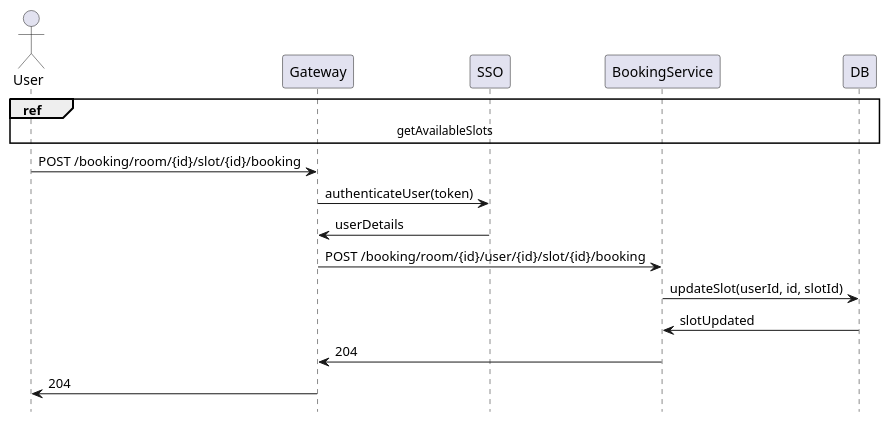
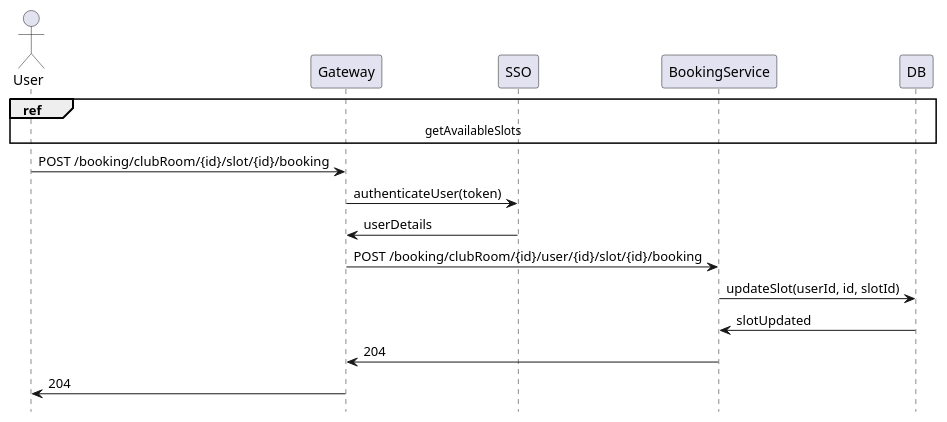
Before and after one commit to juanma-cvega/booking-engine: the diagram in docs/addBooking.puml, drawn with PlantUML. The commit also changed 86 other files, not shown here.

```diff
--- a/docs/addBooking.puml
+++ b/docs/addBooking.puml
@@ -1,18 +1,18 @@
 @startuml
 hide footbox
 
 actor User
 ref over User, Gateway, SSO, BookingService, DB
  getAvailableSlots
 end ref
 
-User -> Gateway: POST /booking/room/{id}/slot/{id}/booking
+User -> Gateway: POST /booking/clubRoom/{id}/slot/{id}/booking
 Gateway -> SSO: authenticateUser(token)
 SSO -> Gateway: userDetails
-Gateway -> BookingService: POST /booking/room/{id}/user/{id}/slot/{id}/booking
+Gateway -> BookingService: POST /booking/clubRoom/{id}/user/{id}/slot/{id}/booking
 BookingService -> DB: updateSlot(userId, id, slotId)
 DB -> BookingService: slotUpdated
 BookingService -> Gateway: 204
 Gateway -> User: 204
 
 @enduml
```
